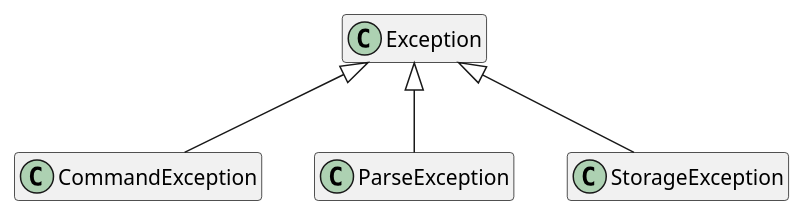
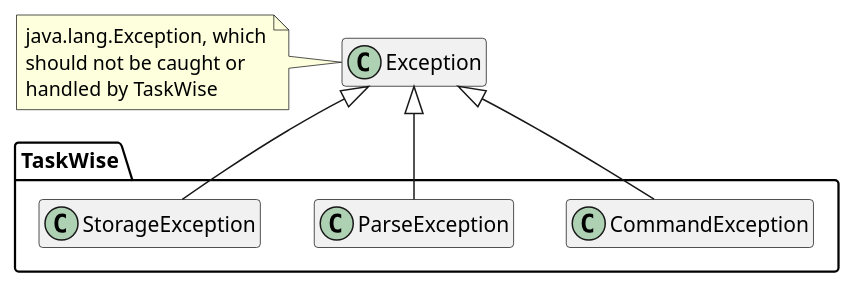
One commit to seantehds/tp changed the diagram in docs/diagrams/exceptions/RecognisableExceptionsDiagram.puml. Above: the diagram before and after it, drawn with PlantUML. The commit also changed 8 other files, not shown here.

```diff
--- a/docs/diagrams/exceptions/RecognisableExceptionsDiagram.puml
+++ b/docs/diagrams/exceptions/RecognisableExceptionsDiagram.puml
@@ -1,7 +1,14 @@
 @startuml
-CommandException -up-|> Exception
-ParseException -up-|> Exception
-StorageException -up-|> Exception
+class Exception
+
+note left of Exception: java.lang.Exception, which\nshould not be caught or\nhandled by TaskWise
+
+namespace TaskWise {
+    CommandException -up-|> Exception
+    ParseException -up-|> Exception
+    StorageException -up-|> Exception
+}
+
 
 hide members
 @enduml
```
